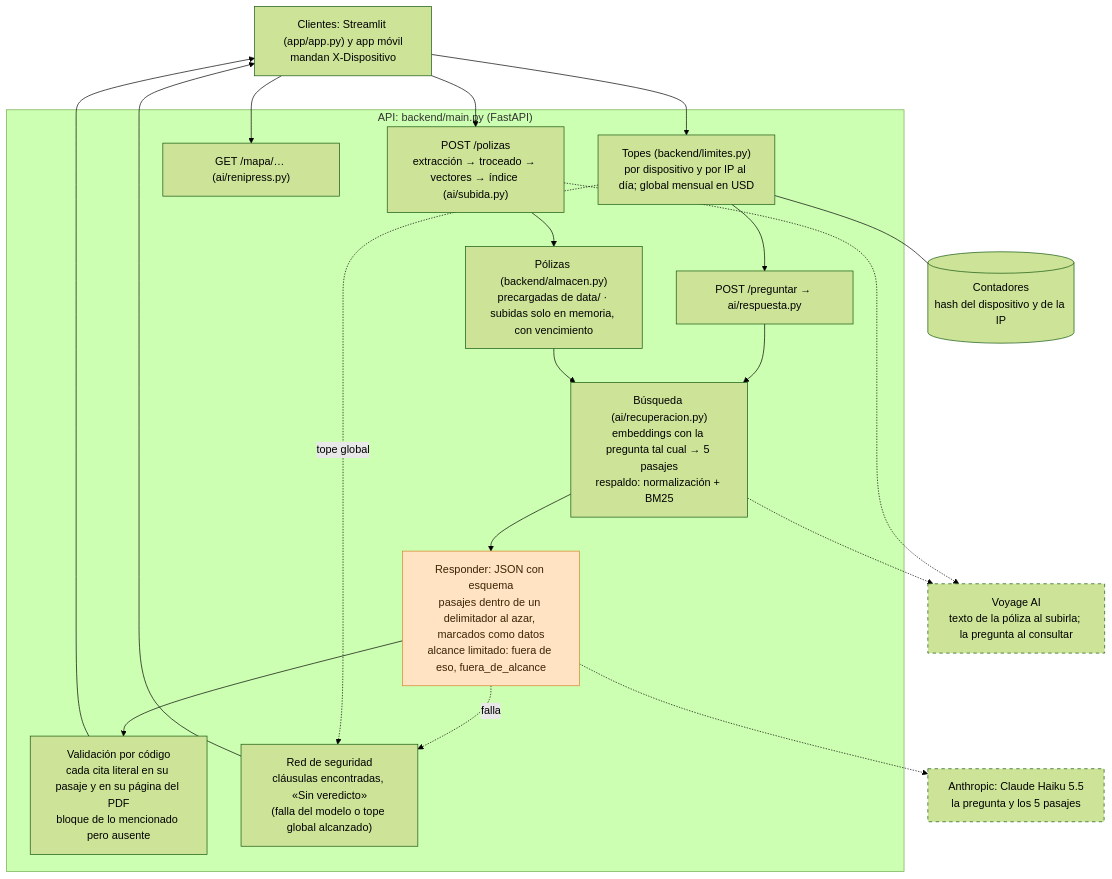
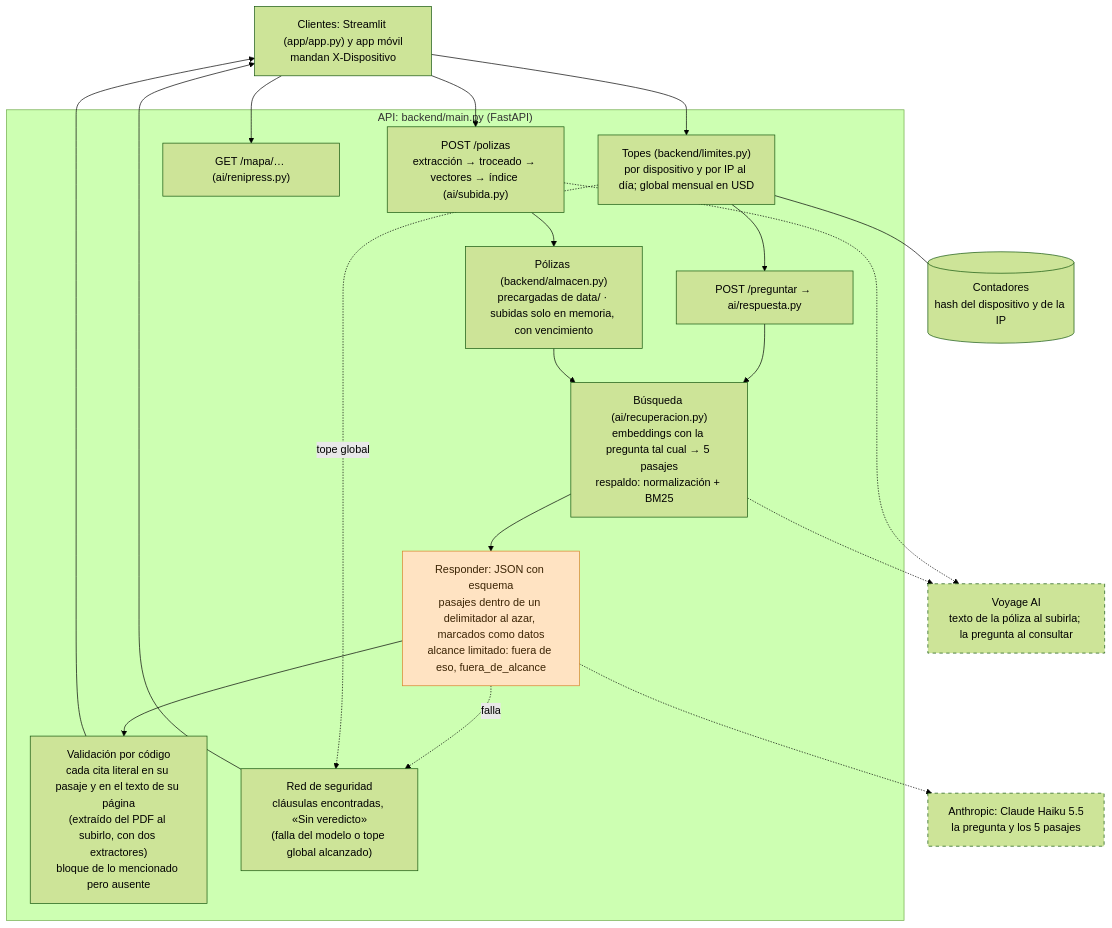
One commit to RenatoGates/que-me-cubre changed the first of 3 diagrams in docs/arquitectura.md. Above: the diagram before and after it, drawn with Mermaid (forest theme). The commit also changed other lines of this file and 6 other files, not shown here.

````diff
--- a/docs/arquitectura.md
+++ b/docs/arquitectura.md
@@ -9,34 +9,34 @@
 ```mermaid
 flowchart TD
     CLI["Clientes: Streamlit (app/app.py) y app móvil<br/>mandan X-Dispositivo"]
     subgraph API["API: backend/main.py (FastAPI)"]
         LIM["Topes (backend/limites.py)<br/>por dispositivo y por IP al día; global mensual en USD"]
         ALM["Pólizas (backend/almacen.py)<br/>precargadas de data/ · subidas solo en memoria, con vencimiento"]
         SUB["POST /polizas<br/>extracción → troceado → vectores → índice (ai/subida.py)"]
         PRE["POST /preguntar → ai/respuesta.py"]
         BUS["Búsqueda (ai/recuperacion.py)<br/>embeddings con la pregunta tal cual → 5 pasajes<br/>respaldo: normalización + BM25"]
         RESP["Responder: JSON con esquema<br/>pasajes dentro de un delimitador al azar, marcados como datos<br/>alcance limitado: fuera de eso, fuera_de_alcance"]
-        VER["Validación por código<br/>cada cita literal en su pasaje y en su página del PDF<br/>bloque de lo mencionado pero ausente"]
+        VER["Validación por código<br/>cada cita literal en su pasaje y en el texto de su página<br/>(extraído del PDF al subirlo, con dos extractores)<br/>bloque de lo mencionado pero ausente"]
         RED["Red de seguridad<br/>cláusulas encontradas, «Sin veredicto»<br/>(falla del modelo o tope global alcanzado)"]
         MAPA["GET /mapa/… (ai/renipress.py)"]
     end
     VOY["Voyage AI<br/>texto de la póliza al subirla; la pregunta al consultar"]
     ANT["Anthropic: Claude Haiku 5.5<br/>la pregunta y los 5 pasajes"]
     BD[("Contadores<br/>hash del dispositivo y de la IP")]
 
     CLI --> LIM --> PRE --> BUS --> RESP --> VER --> CLI
     CLI --> SUB --> ALM
     ALM --> BUS
     SUB -.-> VOY
     BUS -.-> VOY
     RESP -.-> ANT
     RESP -. "falla" .-> RED --> CLI
     LIM -. "tope global" .-> RED
     LIM --- BD
     CLI --> MAPA
 
     classDef modelo fill:#ffe3c2,stroke:#d9822b,color:#3b2405
     classDef fuera stroke-dasharray: 5 5
     class RESP modelo
     class VOY,ANT fuera
 ```
````
